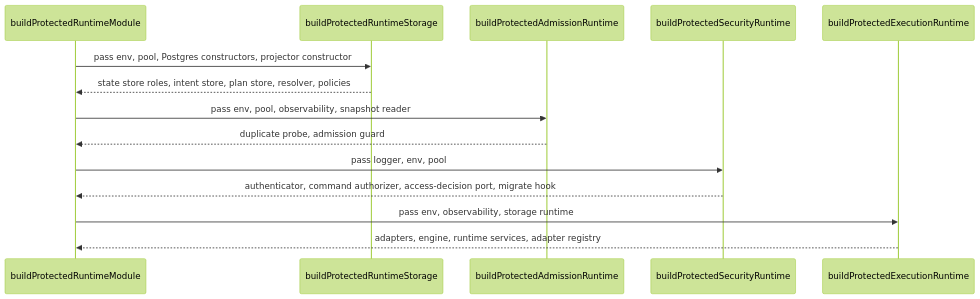
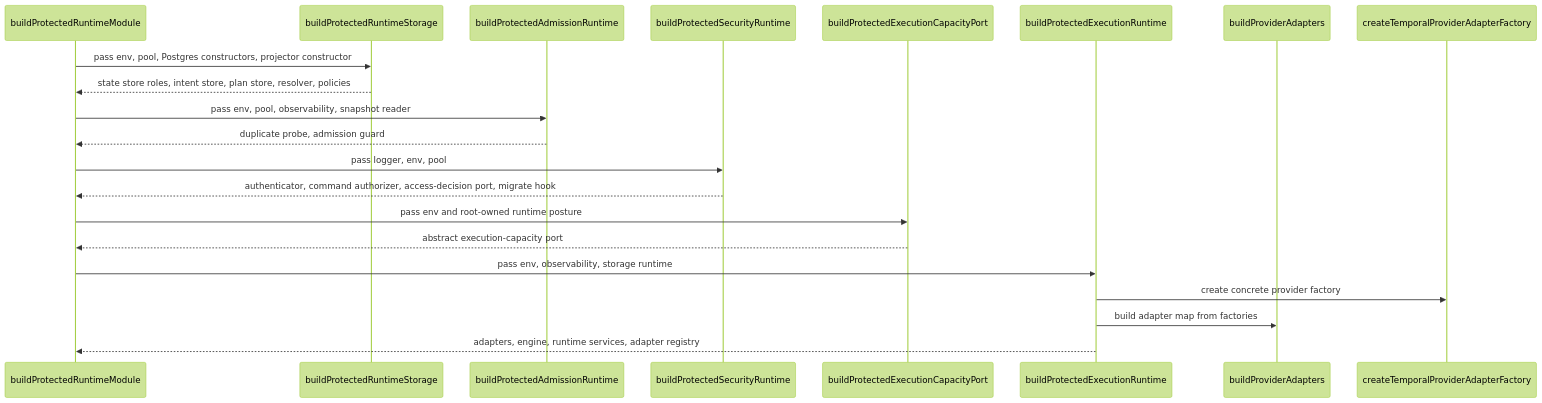
Before and after one commit to dunay2/dvt: the second of 2 diagrams in apps/api/docs/protected-runtime-dependency-builders-component.md, drawn with Mermaid (forest theme). The commit also changed other lines of this file and 94 other files, not shown here.

````diff
--- a/apps/api/docs/protected-runtime-dependency-builders-component.md
+++ b/apps/api/docs/protected-runtime-dependency-builders-component.md
@@ -106,17 +136,24 @@
 ```mermaid
 sequenceDiagram
   participant Root as buildProtectedRuntimeModule
   participant Storage as buildProtectedRuntimeStorage
   participant Admission as buildProtectedAdmissionRuntime
   participant Security as buildProtectedSecurityRuntime
+  participant Capacity as buildProtectedExecutionCapacityPort
   participant Execution as buildProtectedExecutionRuntime
+  participant ProviderMap as buildProviderAdapters
+  participant TemporalFactory as createTemporalProviderAdapterFactory
 
   Root->>Storage: pass env, pool, Postgres constructors, projector constructor
   Storage-->>Root: state store roles, intent store, plan store, resolver, policies
   Root->>Admission: pass env, pool, observability, snapshot reader
   Admission-->>Root: duplicate probe, admission guard
   Root->>Security: pass logger, env, pool
   Security-->>Root: authenticator, command authorizer, access-decision port, migrate hook
+  Root->>Capacity: pass env and root-owned runtime posture
+  Capacity-->>Root: abstract execution-capacity port
   Root->>Execution: pass env, observability, storage runtime
+  Execution->>TemporalFactory: create concrete provider factory
+  Execution->>ProviderMap: build adapter map from factories
   Execution-->>Root: adapters, engine, runtime services, adapter registry
 ```
````
